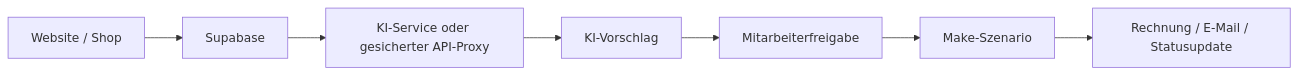
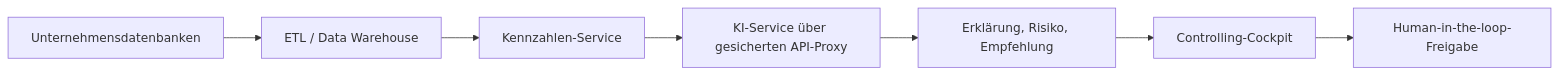
Before and after one commit to HamidK193/IDP-KI-im-Unternehmen-: the second of 2 diagrams in docs/architecture.md, drawn with Mermaid. The commit also changed other lines of this file and 12 other files, not shown here.

````diff
--- a/docs/architecture.md
+++ b/docs/architecture.md
@@ -44,9 +41,9 @@
 ```mermaid
 flowchart LR
-    A["Website / Shop"] --> B["Supabase"]
-    B --> C["KI-Service oder gesicherter API-Proxy"]
-    C --> D["KI-Vorschlag"]
-    D --> E["Mitarbeiterfreigabe"]
-    E --> F["Make-Szenario"]
-    F --> G["Rechnung / E-Mail / Statusupdate"]
+    A["Unternehmensdatenbanken"] --> B["ETL / Data Warehouse"]
+    B --> C["Kennzahlen-Service"]
+    C --> D["KI-Service über gesicherten API-Proxy"]
+    D --> E["Erklärung, Risiko, Empfehlung"]
+    E --> F["Controlling-Cockpit"]
+    F --> G["Human-in-the-loop-Freigabe"]
 ```
````
